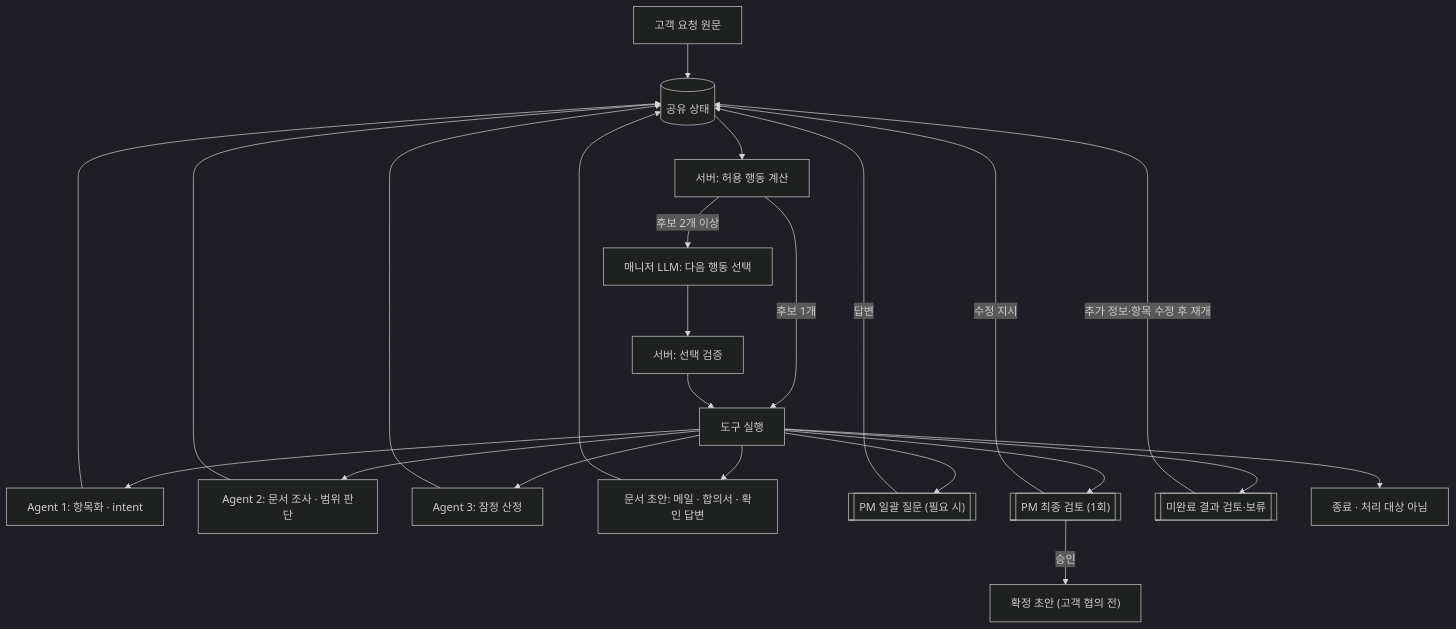
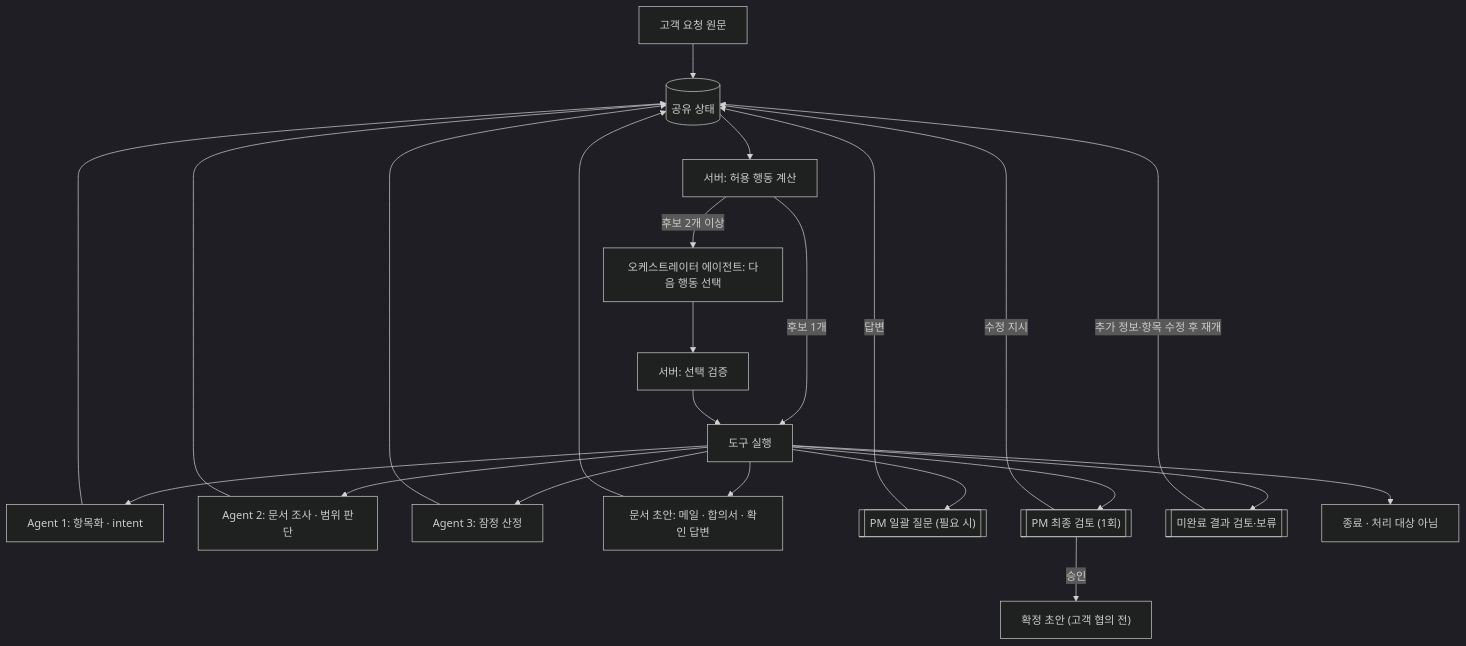
The diagram in docs/prototype/integrated-request-analysis-plan.md (Weave-B2B/weave-ai-agent), drawn with Mermaid (dark theme) before and after one commit. The commit also changed other lines of this file and 8 other files, not shown here.

````diff
--- a/docs/prototype/integrated-request-analysis-plan.md
+++ b/docs/prototype/integrated-request-analysis-plan.md
@@ -119,25 +121,25 @@
 ```mermaid
 flowchart TD
     U["고객 요청 원문"] --> S[("공유 상태")]
     S --> G["서버: 허용 행동 계산"]
     G -->|"후보 1개"| T["도구 실행"]
-    G -->|"후보 2개 이상"| M["매니저 LLM: 다음 행동 선택"]
+    G -->|"후보 2개 이상"| M["오케스트레이터 에이전트: 다음 행동 선택"]
     M --> V["서버: 선택 검증"]
     V --> T
     T --> A1["Agent 1: 항목화 · intent"]
     T --> A2["Agent 2: 문서 조사 · 범위 판단"]
     T --> A3["Agent 3: 잠정 산정"]
     T --> DR["문서 초안: 메일 · 합의서 · 확인 답변"]
     T --> Q[["PM 일괄 질문 (필요 시)"]]
     T --> R[["PM 최종 검토 (1회)"]]
     T --> IR[["미완료 결과 검토·보류"]]
     T --> E["종료 · 처리 대상 아님"]
     A1 --> S
     A2 --> S
     A3 --> S
     DR --> S
     Q -->|"답변"| S
     IR -->|"추가 정보·항목 수정 후 재개"| S
     R -->|"수정 지시"| S
     R -->|"승인"| F["확정 초안 (고객 협의 전)"]
 ```
````
